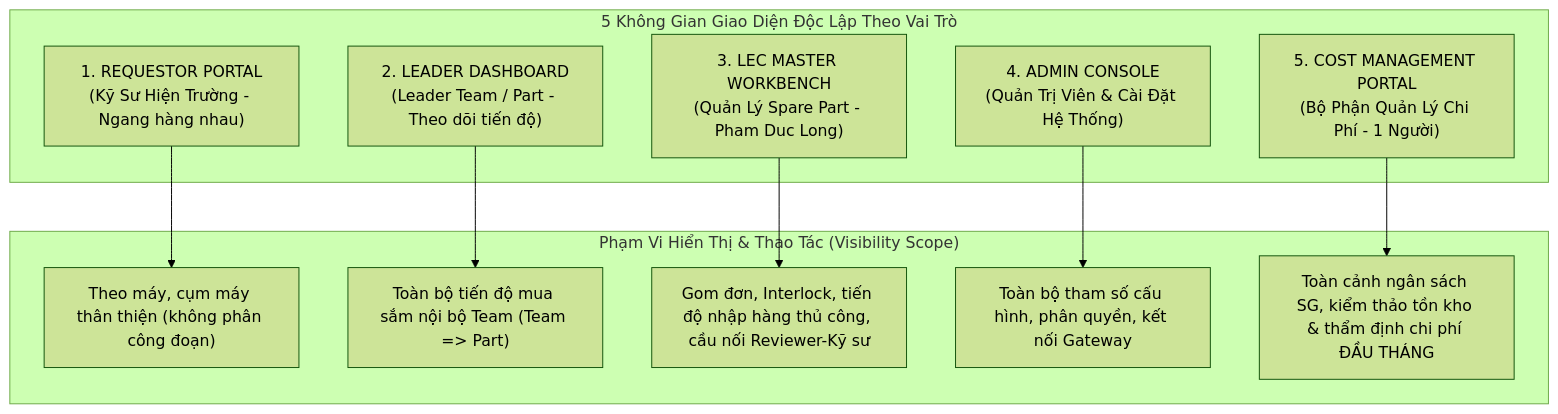
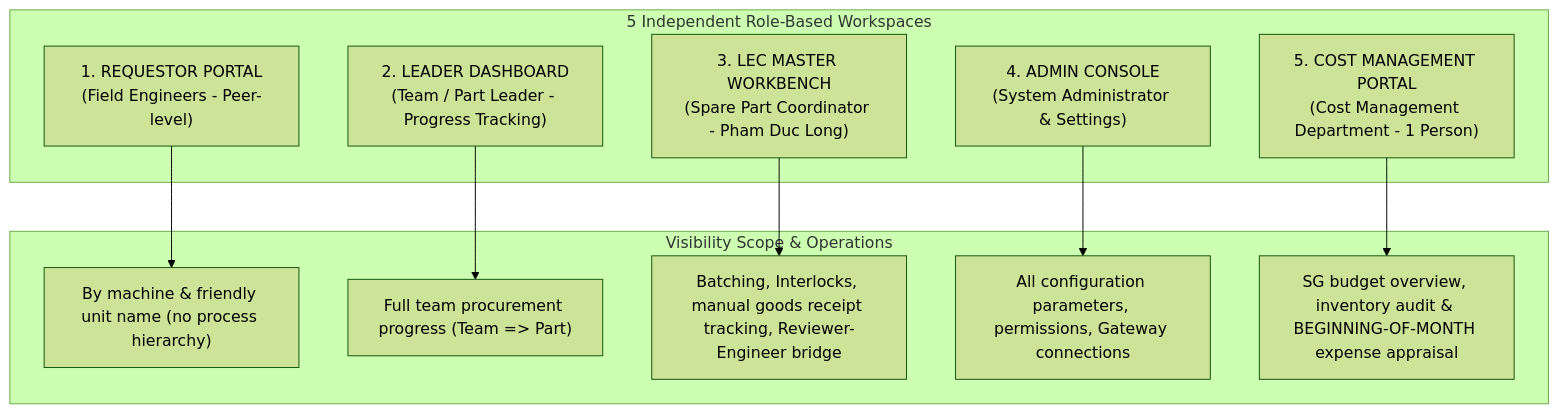
One commit to longphamduc-vn/ops-workflow changed the diagram in procurement-system/05-ui-ux-screen-specifications/00-role-based-screen-matrix.md. Above: the diagram before and after it, drawn with Mermaid (forest theme). The commit also changed other lines of this file and 28 other files, not shown here.

````diff
--- a/procurement-system/05-ui-ux-screen-specifications/00-role-based-screen-matrix.md
+++ b/procurement-system/05-ui-ux-screen-specifications/00-role-based-screen-matrix.md
@@ -10,24 +10,24 @@
 ```mermaid
 graph TD
-    subgraph Roles["5 Không Gian Giao Diện Độc Lập Theo Vai Trò"]
-        R1["1. REQUESTOR PORTAL\n(Kỹ Sư Hiện Trường - Ngang hàng nhau)"]
-        R2["2. LEADER DASHBOARD\n(Leader Team / Part - Theo dõi tiến độ)"]
-        R3["3. LEC MASTER WORKBENCH\n(Quản Lý Spare Part - Pham Duc Long)"]
-        R5["4. ADMIN CONSOLE\n(Quản Trị Viên & Cài Đặt Hệ Thống)"]
-        R6["5. COST MANAGEMENT PORTAL\n(Bộ Phận Quản Lý Chi Phí - 1 Người)"]
+    subgraph Roles["5 Independent Role-Based Workspaces"]
+        R1["1. REQUESTOR PORTAL\n(Field Engineers - Peer-level)"]
+        R2["2. LEADER DASHBOARD\n(Team / Part Leader - Progress Tracking)"]
+        R3["3. LEC MASTER WORKBENCH\n(Spare Part Coordinator - Pham Duc Long)"]
+        R5["4. ADMIN CONSOLE\n(System Administrator & Settings)"]
+        R6["5. COST MANAGEMENT PORTAL\n(Cost Management Department - 1 Person)"]
     end
 
-    subgraph Scope["Phạm Vi Hiển Thị & Thao Tác (Visibility Scope)"]
-        S_Mach["Theo máy, cụm máy thân thiện (không phân công đoạn)"]
-        S_Team["Toàn bộ tiến độ mua sắm nội bộ Team (Team => Part)"]
-        S_LEC["Gom đơn, Interlock, tiến độ nhập hàng thủ công, cầu nối Reviewer-Kỹ sư"]
-        S_ADM["Toàn bộ tham số cấu hình, phân quyền, kết nối Gateway"]
-        S_CST["Toàn cảnh ngân sách SG, kiểm thảo tồn kho & thẩm định chi phí ĐẦU THÁNG"]
+    subgraph Scope["Visibility Scope & Operations"]
+        S_Mach["By machine & friendly unit name (no process hierarchy)"]
+        S_Team["Full team procurement progress (Team => Part)"]
+        S_LEC["Batching, Interlocks, manual goods receipt tracking, Reviewer-Engineer bridge"]
+        S_ADM["All configuration parameters, permissions, Gateway connections"]
+        S_CST["SG budget overview, inventory audit & BEGINNING-OF-MONTH expense appraisal"]
     end
 
     R1 --> S_Mach
     R2 --> S_Team
     R3 --> S_LEC
     R5 --> S_ADM
     R6 --> S_CST
 ```
````
